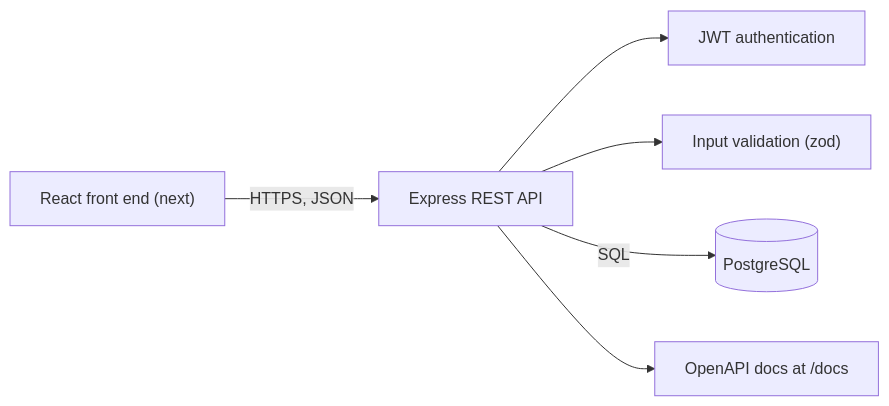
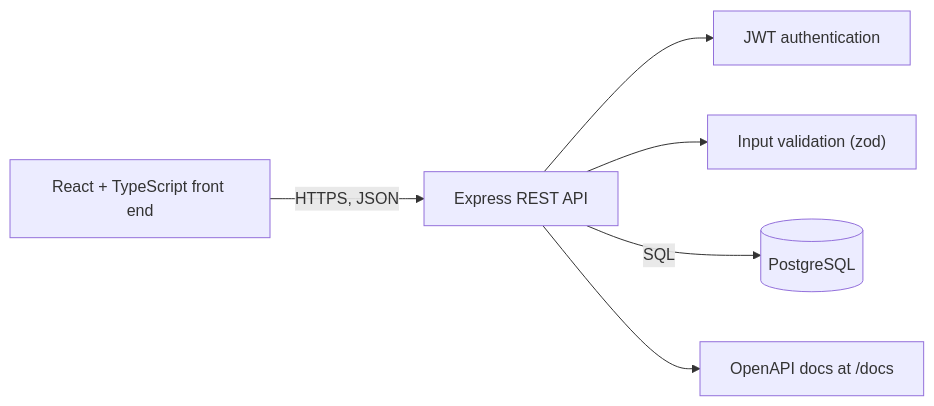
One commit to zobaydadev/TestTrack-QA-Dashboard changed the diagram in README.md. Above: the diagram before and after it, drawn with Mermaid. The commit also changed other lines of this file, not shown here.

Commit message:
Update README for the front end

````diff
--- a/README.md
+++ b/README.md
@@ -9,8 +9,8 @@
 ```mermaid
 flowchart LR
-    Browser["React front end (next)"] -->|HTTPS, JSON| API["Express REST API"]
+    Browser["React + TypeScript front end"] -->|HTTPS, JSON| API["Express REST API"]
     API --> Auth["JWT authentication"]
     API --> Val["Input validation (zod)"]
     API -->|SQL| DB[("PostgreSQL")]
     API --> Docs["OpenAPI docs at /docs"]
 ```
````
